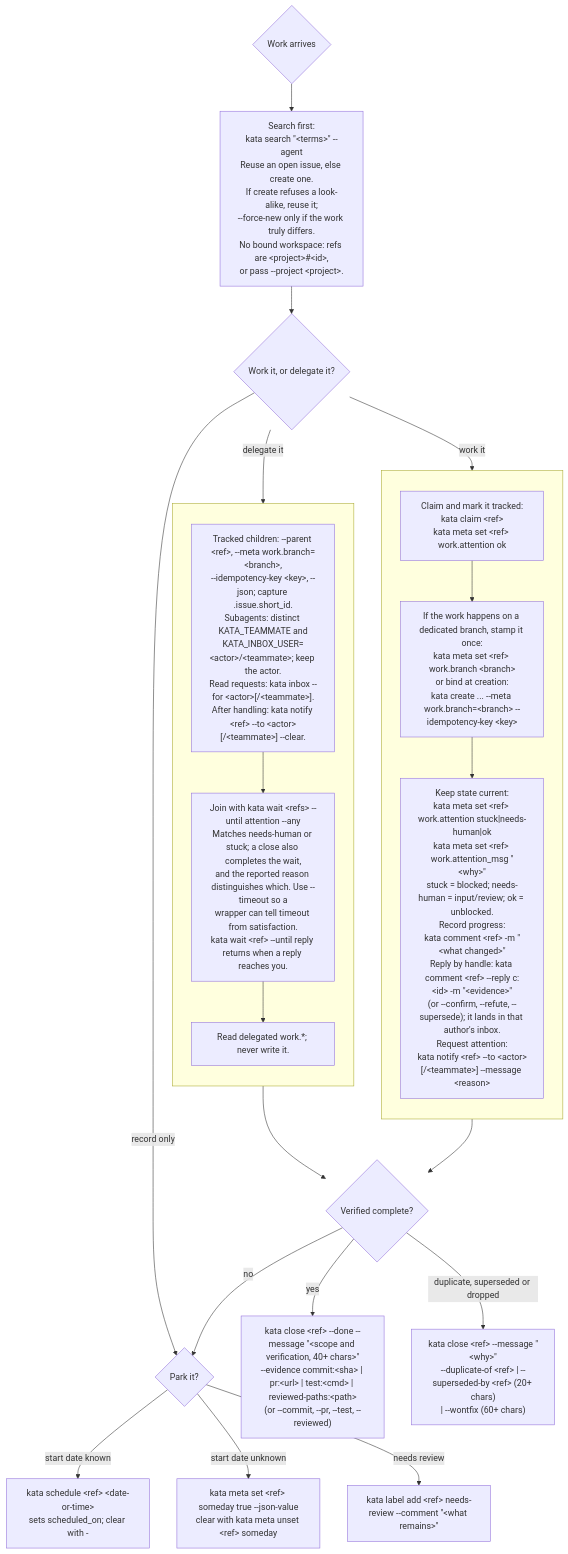
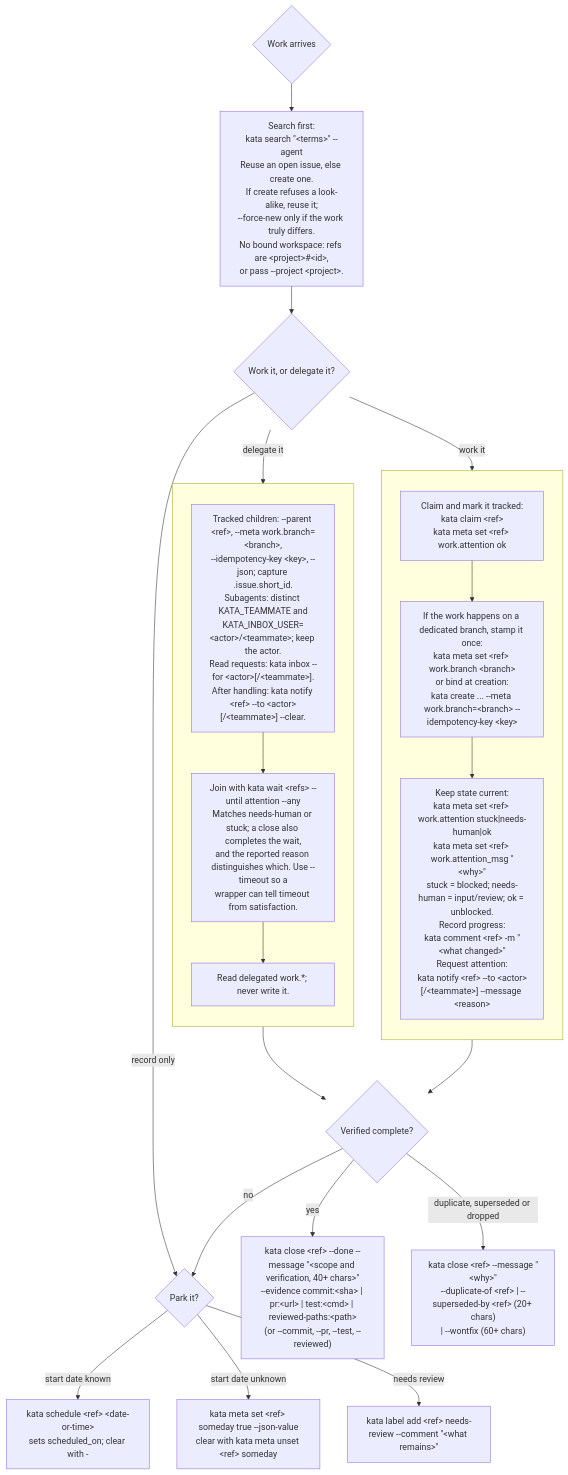
The diagram in README.md (kenn-io/kata), drawn with Mermaid before and after one commit. The commit also changed other lines of this file and 5 other files, not shown here.

Commit message:
fix(agents): keep unreleased reply flags out of live guidance

````diff
--- a/README.md
+++ b/README.md
@@ -83,35 +83,35 @@
 ```mermaid
 flowchart TB
   arrive{"Work arrives"} --> search["Search first:<br/>kata search #34;#60;terms#62;#34; --agent<br/>Reuse an open issue, else create one.<br/>If create refuses a look-alike, reuse it;<br/>--force-new only if the work truly differs.<br/>No bound workspace: refs are #60;project#62;##60;id#62;,<br/>or pass --project #60;project#62;."]
   search --> route{"Work it, or delegate it?"}
 
   subgraph workside[" "]
     direction TB
     claim["Claim and mark it tracked:<br/>kata claim #60;ref#62;<br/>kata meta set #60;ref#62; work.attention ok"]
     branch["If the work happens on a dedicated branch, stamp it once:<br/>kata meta set #60;ref#62; work.branch #60;branch#62;<br/>or bind at creation:<br/>kata create ... --meta work.branch=#60;branch#62; --idempotency-key #60;key#62;"]
-    live["Keep state current:<br/>kata meta set #60;ref#62; work.attention stuck#124;needs-human#124;ok<br/>kata meta set #60;ref#62; work.attention_msg #34;#60;why#62;#34;<br/>stuck = blocked; needs-human = input/review; ok = unblocked.<br/>Record progress:<br/>kata comment #60;ref#62; -m #34;#60;what changed#62;#34;<br/>Reply by handle: kata comment #60;ref#62; --reply c:#60;id#62; -m #34;#60;evidence#62;#34;<br/>(or --confirm, --refute, --supersede); it lands in that author's inbox.<br/>Request attention:<br/>kata notify #60;ref#62; --to #60;actor#62;[/#60;teammate#62;] --message #60;reason#62;"]
+    live["Keep state current:<br/>kata meta set #60;ref#62; work.attention stuck#124;needs-human#124;ok<br/>kata meta set #60;ref#62; work.attention_msg #34;#60;why#62;#34;<br/>stuck = blocked; needs-human = input/review; ok = unblocked.<br/>Record progress:<br/>kata comment #60;ref#62; -m #34;#60;what changed#62;#34;<br/>Request attention:<br/>kata notify #60;ref#62; --to #60;actor#62;[/#60;teammate#62;] --message #60;reason#62;"]
     claim --> branch --> live
   end
 
   subgraph delegateside[" "]
     direction TB
     fanout["Tracked children: --parent #60;ref#62;, --meta work.branch=#60;branch#62;,<br/>--idempotency-key #60;key#62;, --json; capture .issue.short_id.<br/>Subagents: distinct KATA_TEAMMATE and<br/>KATA_INBOX_USER=#60;actor#62;/#60;teammate#62;; keep the actor.<br/>Read requests: kata inbox --for #60;actor#62;[/#60;teammate#62;].<br/>After handling: kata notify #60;ref#62; --to #60;actor#62;[/#60;teammate#62;] --clear."]
-    join["Join with kata wait #60;refs#62; --until attention --any<br/>Matches needs-human or stuck; a close also completes the wait,<br/>and the reported reason distinguishes which. Use --timeout so a<br/>wrapper can tell timeout from satisfaction.<br/>kata wait #60;ref#62; --until reply returns when a reply reaches you."]
+    join["Join with kata wait #60;refs#62; --until attention --any<br/>Matches needs-human or stuck; a close also completes the wait,<br/>and the reported reason distinguishes which. Use --timeout so a<br/>wrapper can tell timeout from satisfaction."]
     coord["Read delegated work.*; never write it."]
     fanout --> join --> coord
   end
 
   route -->|work it| claim
   route -->|delegate it| fanout
   route -->|record only| park
   live --> done
   coord --> done
 
   done{"Verified complete?"}
   done -->|yes| close["kata close #60;ref#62; --done --message #34;#60;scope and verification, 40+ chars#62;#34;<br/>--evidence commit:#60;sha#62; #124; pr:#60;url#62; #124; test:#60;cmd#62; #124; reviewed-paths:#60;path#62;<br/>(or --commit, --pr, --test, --reviewed)"]
   done -->|duplicate, superseded or dropped| retire["kata close #60;ref#62; --message #34;#60;why#62;#34;<br/>--duplicate-of #60;ref#62; #124; --superseded-by #60;ref#62; (20+ chars)<br/>#124; --wontfix (60+ chars)"]
   done -->|no| park{"Park it?"}
   park -->|start date known| schedule["kata schedule #60;ref#62; #60;date-or-time#62;<br/>sets scheduled_on; clear with -"]
   park -->|start date unknown| someday["kata meta set #60;ref#62; someday true --json-value<br/>clear with kata meta unset #60;ref#62; someday"]
   park -->|needs review| review["kata label add #60;ref#62; needs-review --comment #34;#60;what remains#62;#34;"]
 ```
````
